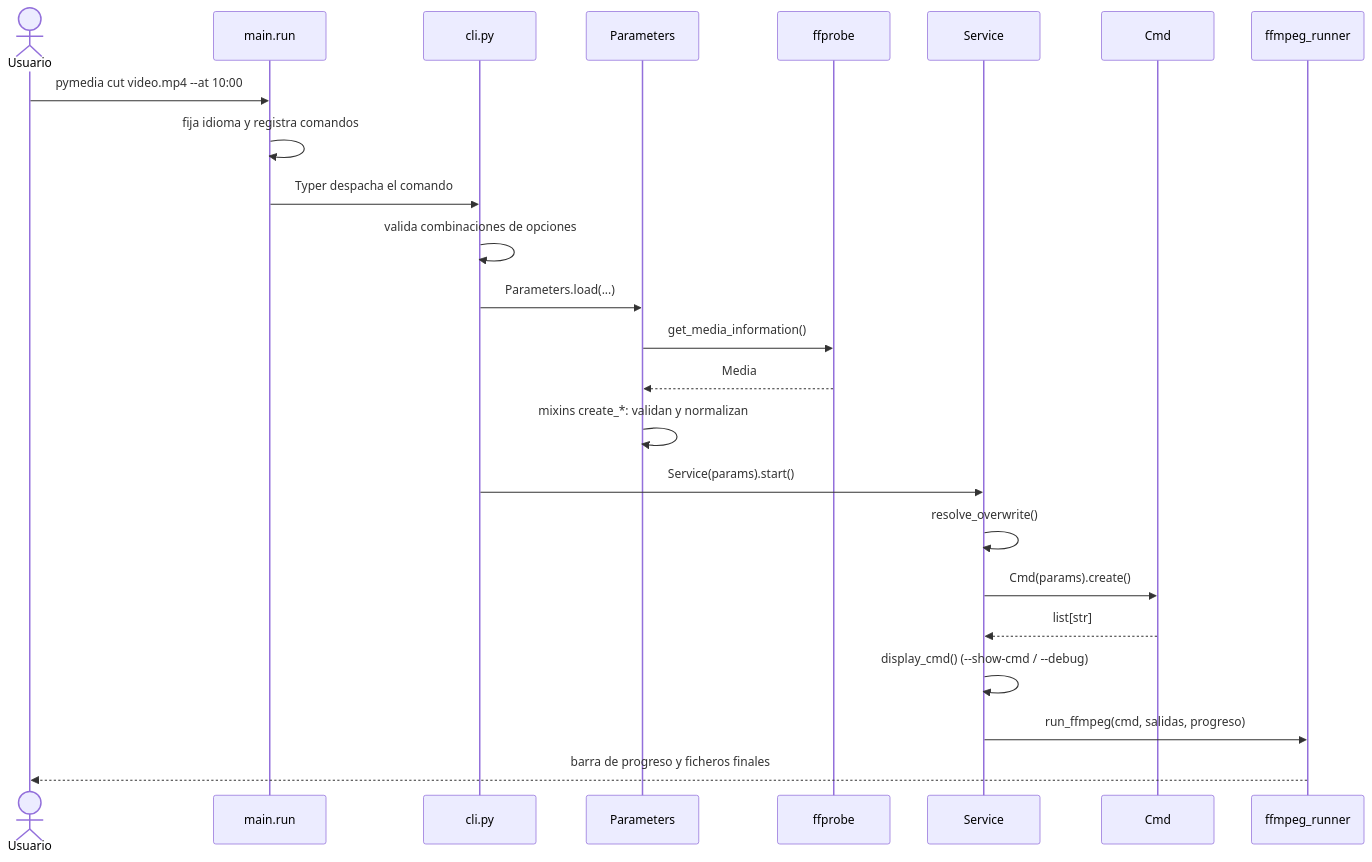
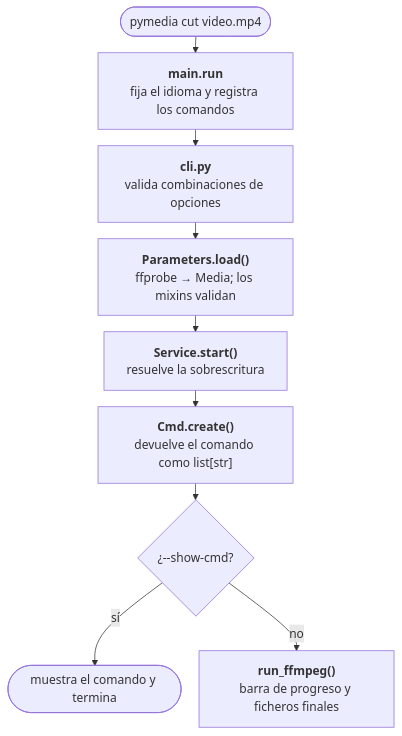
The first of 2 diagrams in docs/desarrollo/arquitectura.md (isidro-rodriguez/pyMedia), drawn with Mermaid before and after one commit. The commit also changed other lines of this file and 24 other files, not shown here.

````diff
--- a/docs/desarrollo/arquitectura.md
+++ b/docs/desarrollo/arquitectura.md
@@ -43,27 +43,12 @@
 ```mermaid
-sequenceDiagram
-    actor U as Usuario
-    participant M as main.run
-    participant C as cli.py
-    participant P as Parameters
-    participant F as ffprobe
-    participant S as Service
-    participant K as Cmd
-    participant R as ffmpeg_runner
-
-    U->>M: pymedia cut video.mp4 --at 10:00
-    M->>M: fija idioma y registra comandos
-    M->>C: Typer despacha el comando
-    C->>C: valida combinaciones de opciones
-    C->>P: Parameters.load(...)
-    P->>F: get_media_information()
-    F-->>P: Media
-    P->>P: mixins create_*: validan y normalizan
-    C->>S: Service(params).start()
-    S->>S: resolve_overwrite()
-    S->>K: Cmd(params).create()
-    K-->>S: list[str]
-    S->>S: display_cmd() (--show-cmd / --debug)
-    S->>R: run_ffmpeg(cmd, salidas, progreso)
-    R-->>U: barra de progreso y ficheros finales
+%%{init: {"flowchart": {"nodeSpacing": 24, "rankSpacing": 22}}}%%
+flowchart TD
+    A(["pymedia cut video.mp4"]) --> B["<b>main.run</b><br/>fija el idioma y registra los comandos"]
+    B --> C["<b>cli.py</b><br/>valida combinaciones de opciones"]
+    C --> D["<b>Parameters.load()</b><br/>ffprobe → Media; los mixins validan"]
+    D --> E["<b>Service.start()</b><br/>resuelve la sobrescritura"]
+    E --> F["<b>Cmd.create()</b><br/>devuelve el comando como list[str]"]
+    F --> G{"¿--show-cmd?"}
+    G -- sí --> H(["muestra el comando y termina"])
+    G -- no --> I["<b>run_ffmpeg()</b><br/>barra de progreso y ficheros finales"]
 ```
````
